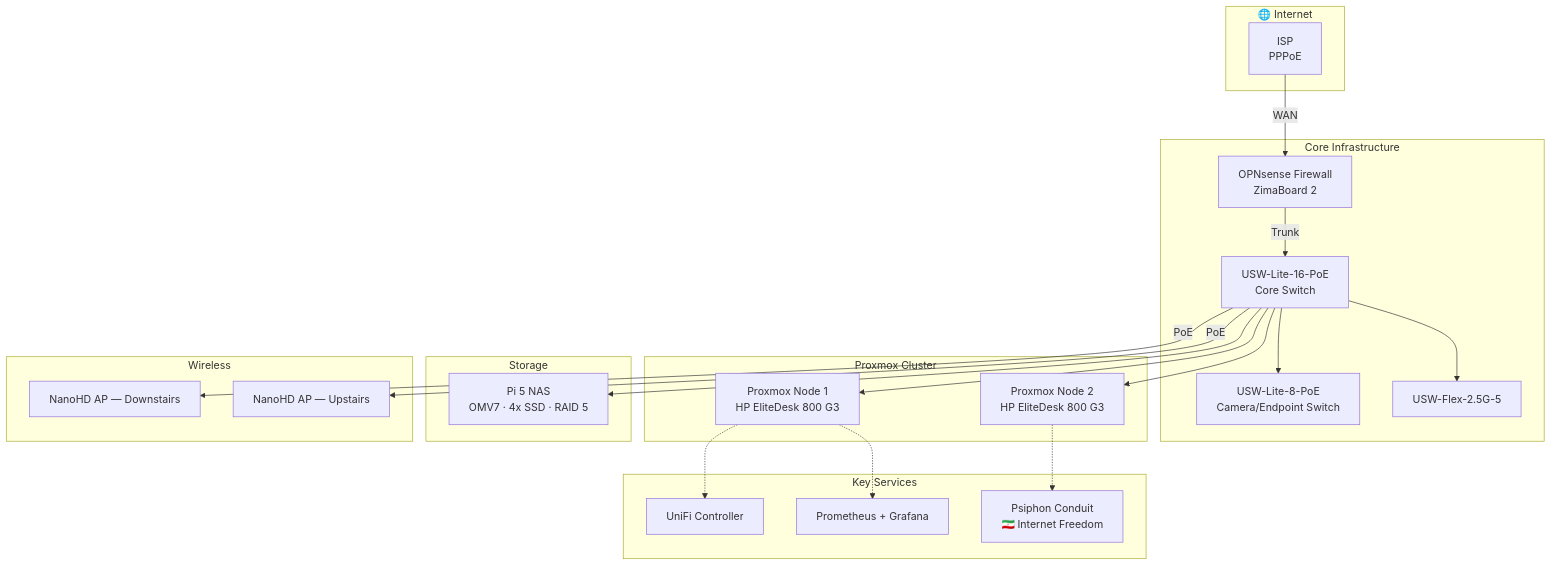
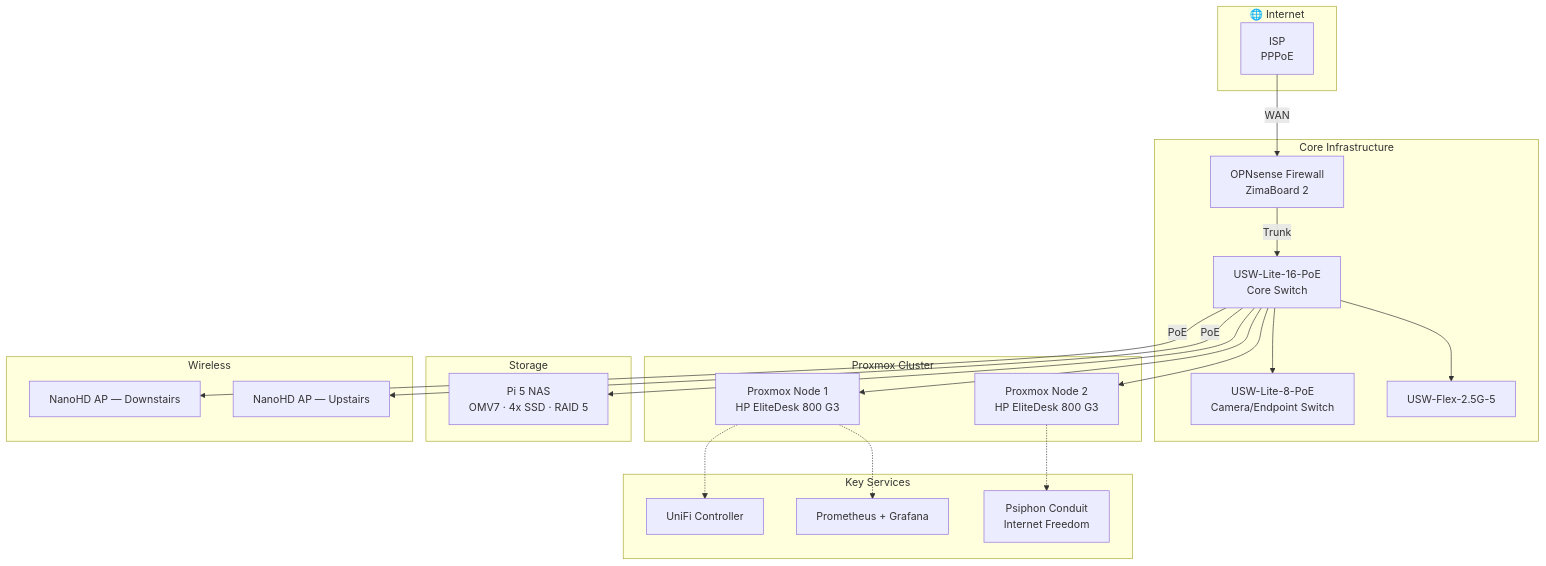
The diagram in README.md (sohrabros/homelab), drawn with Mermaid before and after one commit. The commit also changed other lines of this file and 1 other file, not shown here.

Commit message:
fix: remove IR flag, replace octicons with unicode arrows

````diff
--- a/README.md
+++ b/README.md
@@ -18,46 +18,46 @@
 ```mermaid
 graph TB
     subgraph INTERNET["🌐 Internet"]
         ISP["ISP<br/>PPPoE"]
     end
 
     subgraph CORE["Core Infrastructure"]
         FW["OPNsense Firewall<br/>ZimaBoard 2"]
         SW16["USW-Lite-16-PoE<br/>Core Switch"]
         SW8["USW-Lite-8-PoE<br/>Camera/Endpoint Switch"]
         FLEX["USW-Flex-2.5G-5"]
     end
 
     subgraph COMPUTE["Proxmox Cluster"]
         PVE1["Proxmox Node 1<br/>HP EliteDesk 800 G3"]
         PVE2["Proxmox Node 2<br/>HP EliteDesk 800 G3"]
     end
 
     subgraph STORAGE["Storage"]
         NAS["Pi 5 NAS<br/>OMV7 · 4x SSD · RAID 5"]
     end
 
     subgraph WIRELESS["Wireless"]
         AP1["NanoHD AP — Downstairs"]
         AP2["NanoHD AP — Upstairs"]
     end
 
     subgraph SERVICES["Key Services"]
         UNIFI["UniFi Controller"]
         MON["Prometheus + Grafana"]
-        CONDUIT["Psiphon Conduit<br/>🇮🇷 Internet Freedom"]
+        CONDUIT["Psiphon Conduit<br/>Internet Freedom"]
     end
 
     ISP -->|"WAN"| FW
     FW -->|"Trunk"| SW16
     SW16 --> SW8
     SW16 --> FLEX
     SW16 --> PVE1
     SW16 --> PVE2
     SW16 --> NAS
     SW16 -->|"PoE"| AP1
     SW16 -->|"PoE"| AP2
     PVE1 -.-> UNIFI
     PVE1 -.-> MON
     PVE2 -.-> CONDUIT
 ```
````
